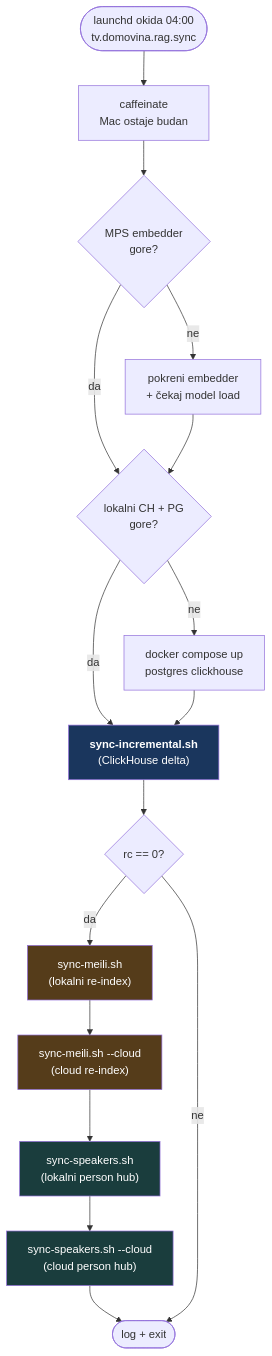
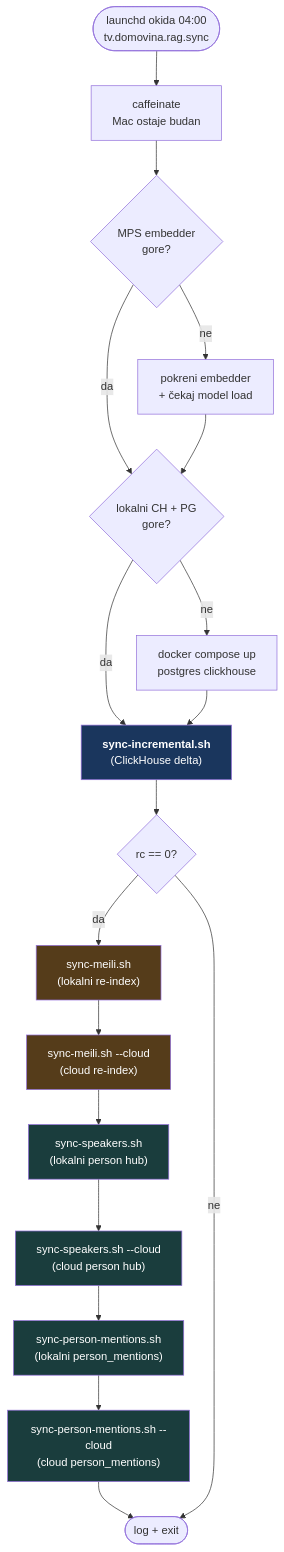
Before and after one commit to domovinatv/domovina-rag: the second of 7 diagrams in docs/data-refresh-flow.md, drawn with Mermaid. The commit also changed other lines of this file and 15 other files, not shown here.

First line of the commit message:
feat(mcp,etl): person hub "spominje se u" (mentions) sekcija

````diff
--- a/docs/data-refresh-flow.md
+++ b/docs/data-refresh-flow.md
@@ -72,25 +72,29 @@
 ```mermaid
 flowchart TD
     START(["launchd okida 04:00<br/>tv.domovina.rag.sync"]) --> CAF[caffeinate<br/>Mac ostaje budan]
     CAF --> CHKEMB{MPS embedder<br/>gore?}
     CHKEMB -- ne --> STARTEMB[pokreni embedder<br/>+ čekaj model load]
     CHKEMB -- da --> CHKDB
     STARTEMB --> CHKDB{lokalni CH + PG<br/>gore?}
     CHKDB -- ne --> STARTDB[docker compose up<br/>postgres clickhouse]
     CHKDB -- da --> SYNC
     STARTDB --> SYNC
 
     SYNC["<b>sync-incremental.sh</b><br/>(ClickHouse delta)"] --> RC{rc == 0?}
     RC -- da --> MEILILOCAL["sync-meili.sh<br/>(lokalni re-index)"]
     MEILILOCAL --> MEILICLOUD["sync-meili.sh --cloud<br/>(cloud re-index)"]
     MEILICLOUD --> SPKLOCAL["sync-speakers.sh<br/>(lokalni person hub)"]
     SPKLOCAL --> SPKCLOUD["sync-speakers.sh --cloud<br/>(cloud person hub)"]
-    SPKCLOUD --> DONE(["log + exit"])
+    SPKCLOUD --> PMLOCAL["sync-person-mentions.sh<br/>(lokalni person_mentions)"]
+    PMLOCAL --> PMCLOUD["sync-person-mentions.sh --cloud<br/>(cloud person_mentions)"]
+    PMCLOUD --> DONE(["log + exit"])
     RC -- ne --> DONE
 
     style SYNC fill:#1a365d,color:#fff
     style MEILILOCAL fill:#553c1a,color:#fff
     style MEILICLOUD fill:#553c1a,color:#fff
     style SPKLOCAL fill:#1a3d3d,color:#fff
     style SPKCLOUD fill:#1a3d3d,color:#fff
+    style PMLOCAL fill:#1a3d3d,color:#fff
+    style PMCLOUD fill:#1a3d3d,color:#fff
 ```
````
